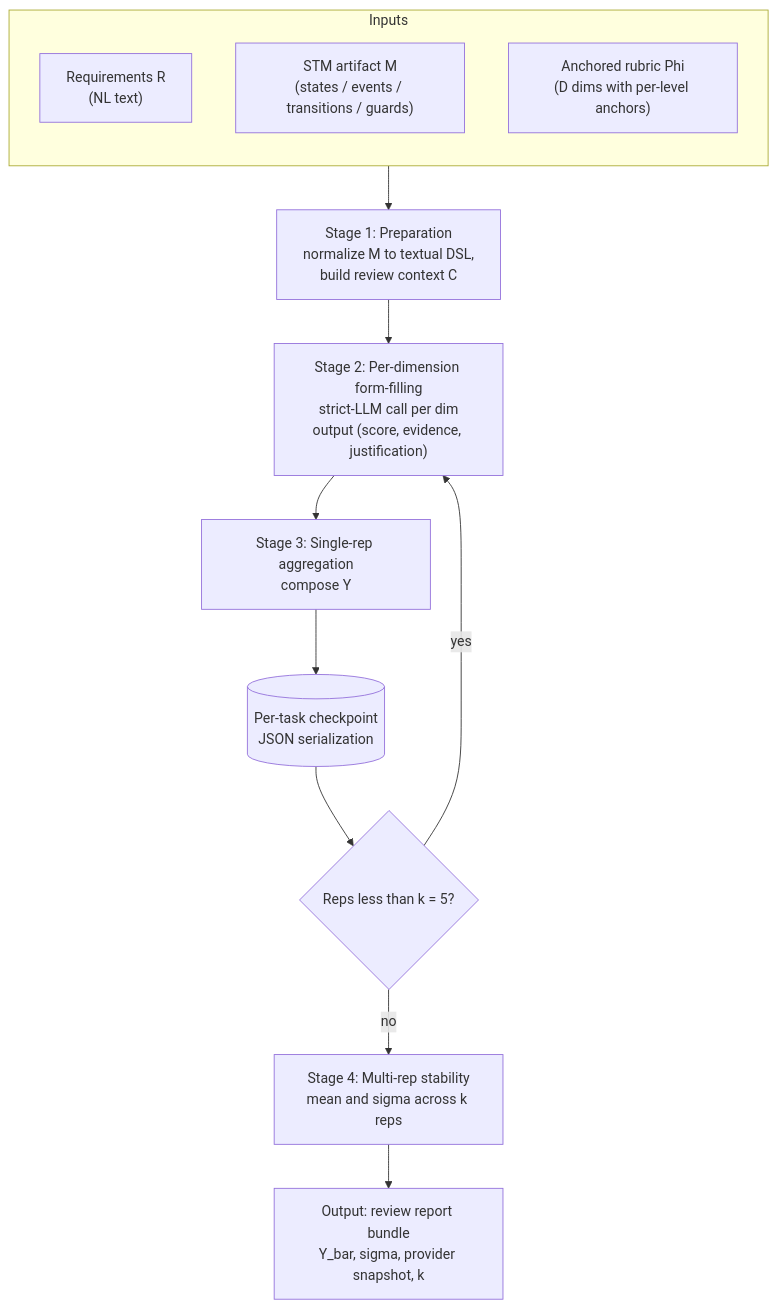
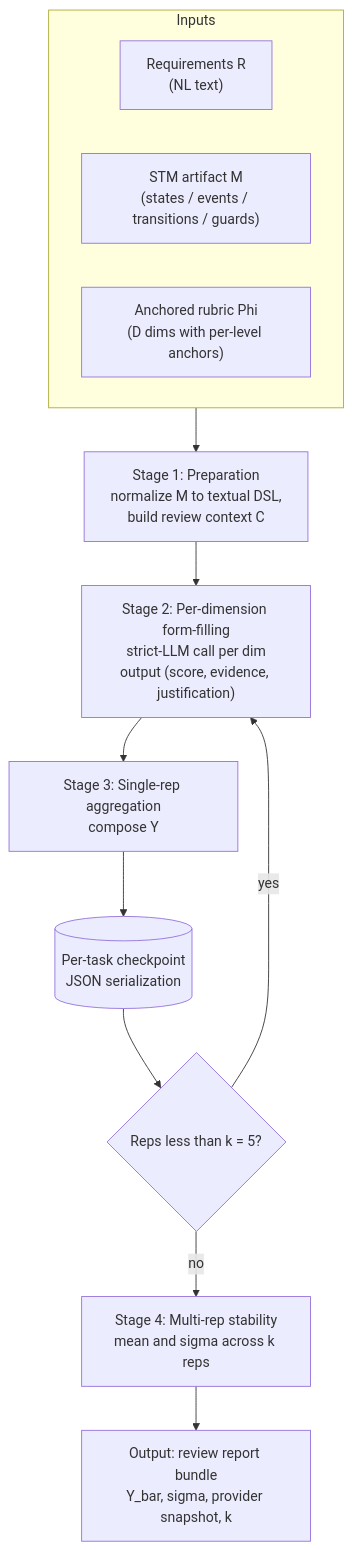
The first of 2 diagrams in project_ex1_llm_judge_for_stm/discussions/2026-05-08-19-20-31-AI-讨论-project_ex1学术定位与相关工作综述.md (HansBug/research_ideas), drawn with Mermaid before and after one commit. The commit also changed other lines of this file and 1 other file, not shown here.

First line of the commit message:
docs(project_ex1): 学术讨论稿 v4.1 修订 — §10 收口 + mermaid 兼容性 + 真实示例 + noise 来源 + §5 子集深化

````diff
--- a/project_ex1_llm_judge_for_stm/discussions/2026-05-08-19-20-31-AI-讨论-project_ex1学术定位与相关工作综述.md
+++ b/project_ex1_llm_judge_for_stm/discussions/2026-05-08-19-20-31-AI-讨论-project_ex1学术定位与相关工作综述.md
@@ -199,18 +208,17 @@
 ```mermaid
 flowchart TB
-    subgraph IN[Inputs]
-        direction TB
+    subgraph IN [Inputs]
         R["Requirements R<br/>(NL text)"]
         M["STM artifact M<br/>(states / events / transitions / guards)"]
         PHI["Anchored rubric Phi<br/>(D dims with per-level anchors)"]
     end
 
     IN --> S1["Stage 1: Preparation<br/>normalize M to textual DSL,<br/>build review context C"]
     S1 --> S2["Stage 2: Per-dimension form-filling<br/>strict-LLM call per dim<br/>output (score, evidence, justification)"]
     S2 --> S3["Stage 3: Single-rep aggregation<br/>compose Y"]
     S3 --> CHK[("Per-task checkpoint<br/>JSON serialization")]
     CHK --> REPLOOP{"Reps less than k = 5?"}
     REPLOOP -- yes --> S2
     REPLOOP -- no --> S4["Stage 4: Multi-rep stability<br/>mean and sigma across k reps"]
     S4 --> OUT["Output: review report bundle<br/>Y_bar, sigma, provider snapshot, k"]
 ```
````
